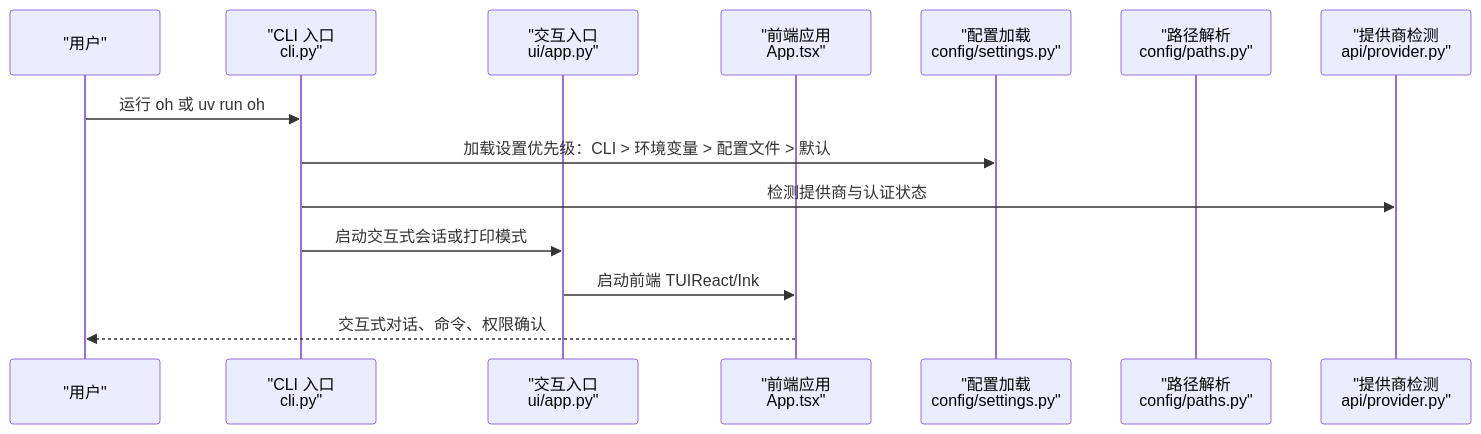
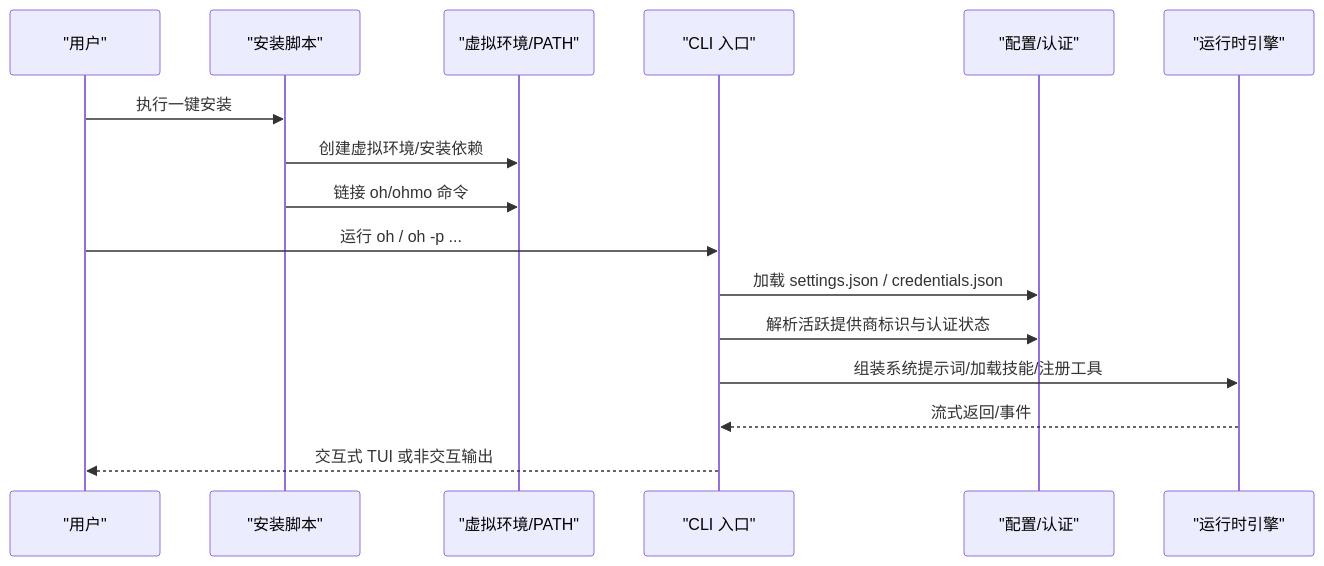
The second of 6 diagrams in .qoder/repowiki/zh/content/快速开始.md (haolange/OpenHarness), drawn with Mermaid before and after one commit. The commit also changed other lines of this file and 222 other files, not shown here.

````diff
--- a/.qoder/repowiki/zh/content/快速开始.md
+++ b/.qoder/repowiki/zh/content/快速开始.md
@@ -94,16 +112,18 @@
 ```mermaid
 sequenceDiagram
 participant User as "用户"
-participant CLI as "CLI 入口<br/>cli.py"
-participant UI as "交互入口<br/>ui/app.py"
-participant FE as "前端应用<br/>App.tsx"
-participant Cfg as "配置加载<br/>config/settings.py"
-participant Paths as "路径解析<br/>config/paths.py"
-participant Prov as "提供商检测<br/>api/provider.py"
-User->>CLI : 运行 oh 或 uv run oh
-CLI->>Cfg : 加载设置优先级：CLI > 环境变量 > 配置文件 > 默认
-CLI->>Prov : 检测提供商与认证状态
-CLI->>UI : 启动交互式会话或打印模式
-UI->>FE : 启动前端 TUIReact/Ink
-FE-->>User : 交互式对话、命令、权限确认
+participant Installer as "安装脚本"
+participant Env as "虚拟环境/PATH"
+participant CLI as "CLI 入口"
+participant Cfg as "配置/认证"
+participant Runtime as "运行时引擎"
+User->>Installer : 执行一键安装
+Installer->>Env : 创建虚拟环境/安装依赖
+Installer->>Env : 链接 oh/ohmo 命令
+User->>CLI : 运行 oh / oh -p ...
+CLI->>Cfg : 加载 settings.json / credentials.json
+CLI->>Cfg : 解析活跃提供商标识与认证状态
+CLI->>Runtime : 组装系统提示词/加载技能/注册工具
+Runtime-->>CLI : 流式返回/事件
+CLI-->>User : 交互式 TUI 或非交互输出
 ```
````
